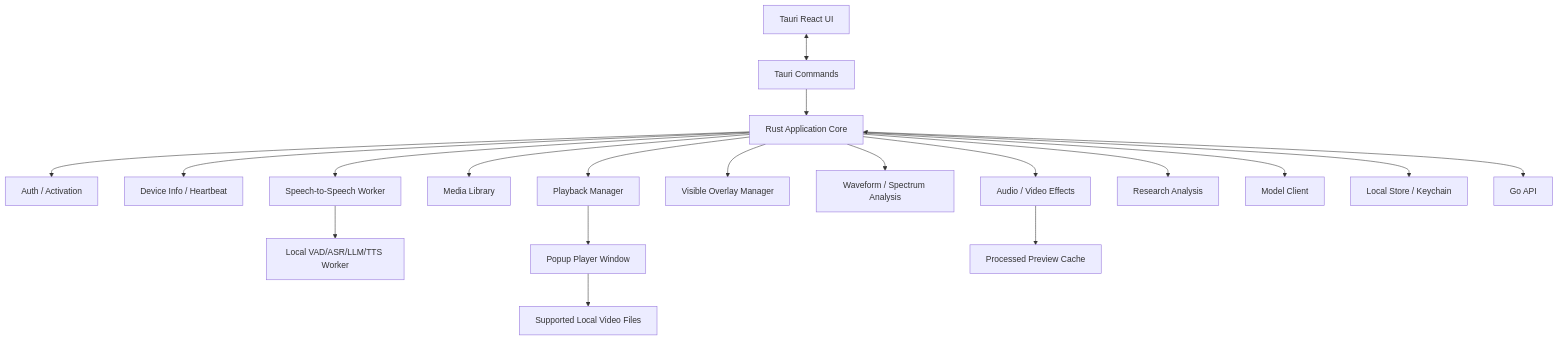
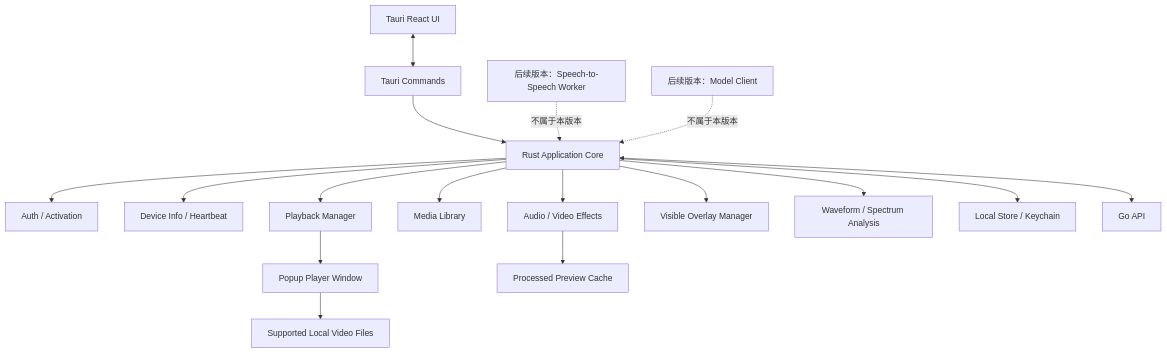
One commit to asd494235908/autolive changed the second of 4 diagrams in 桌面客户端架构.md. Above: the diagram before and after it, drawn with Mermaid. The commit also changed other lines of this file and 165 other files, not shown here.

````diff
--- a/桌面客户端架构.md
+++ b/桌面客户端架构.md
@@ -118,21 +117,19 @@
 ```mermaid
 flowchart TB
     UI["Tauri React UI"] <--> Commands["Tauri Commands"]
     Commands --> Core["Rust Application Core"]
     Core --> Auth["Auth / Activation"]
     Core --> Device["Device Info / Heartbeat"]
     Core --> Playback["Playback Manager"]
     Core --> Library["Media Library"]
     Core --> Effects["Audio / Video Effects"]
     Core --> Overlay["Visible Overlay Manager"]
     Core --> Analysis["Waveform / Spectrum Analysis"]
-    Core --> Speech["Speech-to-Speech Worker"]
-    Core --> Research["Research Analysis"]
-    Speech --> Worker["Local VAD/ASR/LLM/TTS Worker"]
-    Core --> Model["Model Client"]
+    FutureSpeech["后续版本：Speech-to-Speech Worker"] -.不属于本版本.-> Core
+    FutureModel["后续版本：Model Client"] -.不属于本版本.-> Core
     Core --> Store["Local Store / Keychain"]
     Playback --> Window["Popup Player Window"]
     Effects --> Cache["Processed Preview Cache"]
     Core <--> API["Go API"]
     Window --> Files["Supported Local Video Files"]
 ```
````
